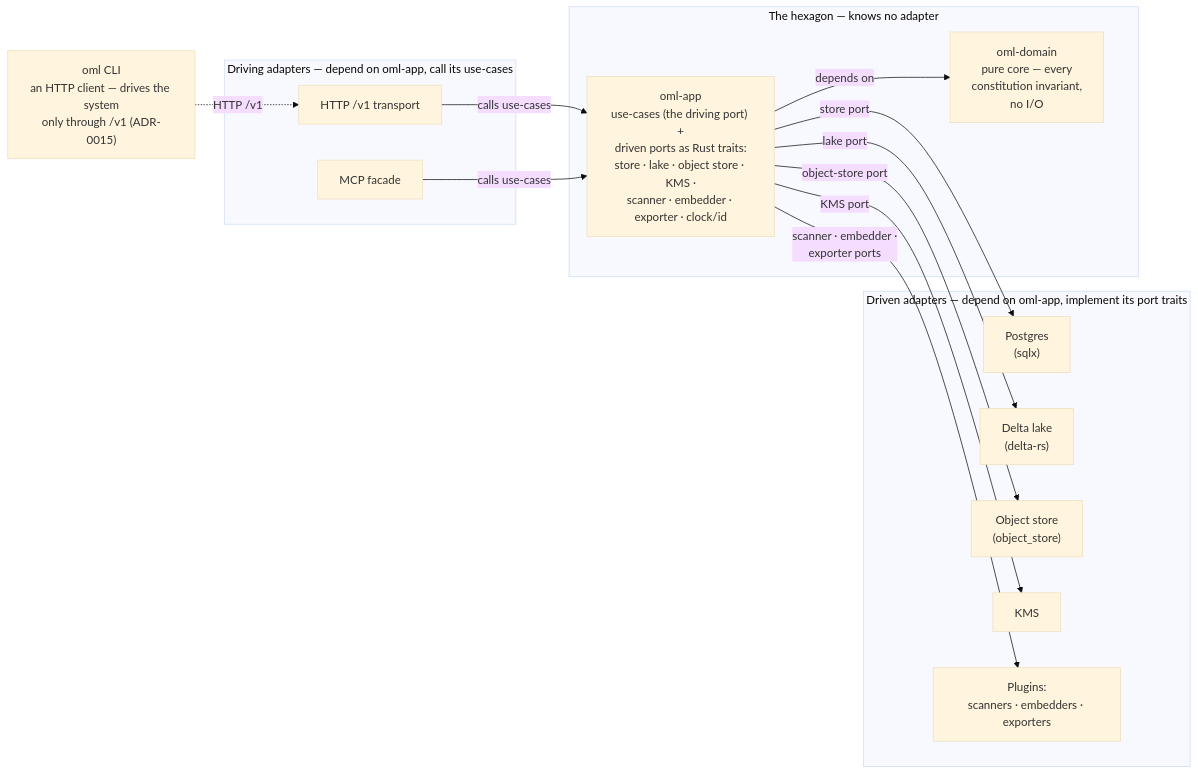
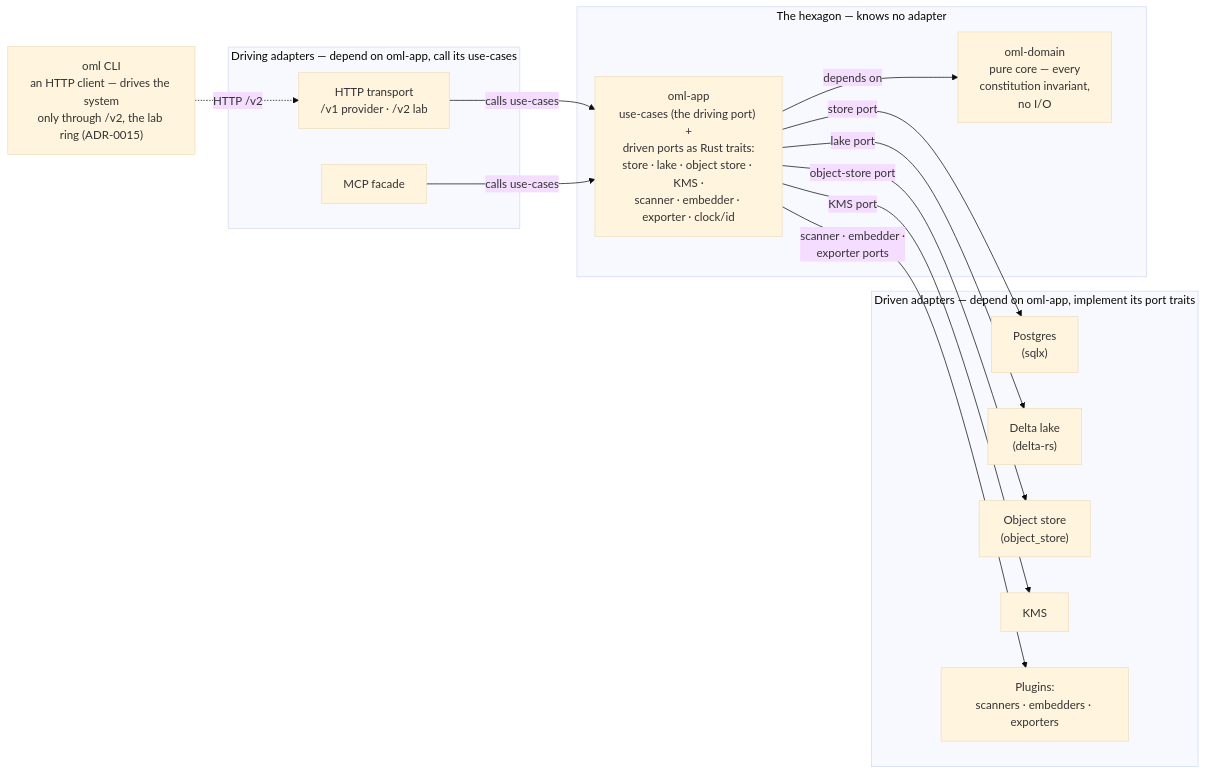
One commit to e8kor/open-memory-lab changed the third of 8 diagrams in docs/architecture/overview.md. Above: the diagram before and after it, drawn with Mermaid (base theme). The commit also changed other lines of this file and 21 other files, not shown here.

First line of the commit message:
The two-ring API: v1 memory provider, v2 memory lab (ADR-0022)

````diff
--- a/docs/architecture/overview.md
+++ b/docs/architecture/overview.md
@@ -106,28 +107,28 @@
 ```mermaid
 flowchart LR
-    C["oml CLI<br/>an HTTP client — drives the system<br/>only through /v1 (ADR-0015)"]
+    C["oml CLI<br/>an HTTP client — drives the system<br/>only through /v2, the lab ring (ADR-0015)"]
     subgraph driving ["Driving adapters — depend on oml-app, call its use-cases"]
-        H["HTTP /v1 transport"]
+        H["HTTP transport<br/>/v1 provider · /v2 lab"]
         M["MCP facade"]
     end
     subgraph hex ["The hexagon — knows no adapter"]
         APP["oml-app<br/>use-cases (the driving port) +<br/>driven ports as Rust traits:<br/>store · lake · object store · KMS ·<br/>scanner · embedder · exporter · clock/id"]
         DOM["oml-domain<br/>pure core — every<br/>constitution invariant,<br/>no I/O"]
         APP -- "depends on" --> DOM
     end
     subgraph driven ["Driven adapters — depend on oml-app, implement its port traits"]
         PGA["Postgres<br/>(sqlx)"]
         LKA["Delta lake<br/>(delta-rs)"]
         OSA["Object store<br/>(object_store)"]
         KMA["KMS"]
         PL["Plugins:<br/>scanners · embedders · exporters"]
     end
-    C -. "HTTP /v1" .-> H
+    C -. "HTTP /v2" .-> H
     H -- "calls use-cases" --> APP
     M -- "calls use-cases" --> APP
     APP -- "store port" --> PGA
     APP -- "lake port" --> LKA
     APP -- "object-store port" --> OSA
     APP -- "KMS port" --> KMA
     APP -- "scanner · embedder ·<br/>exporter ports" --> PL
 ```
````
